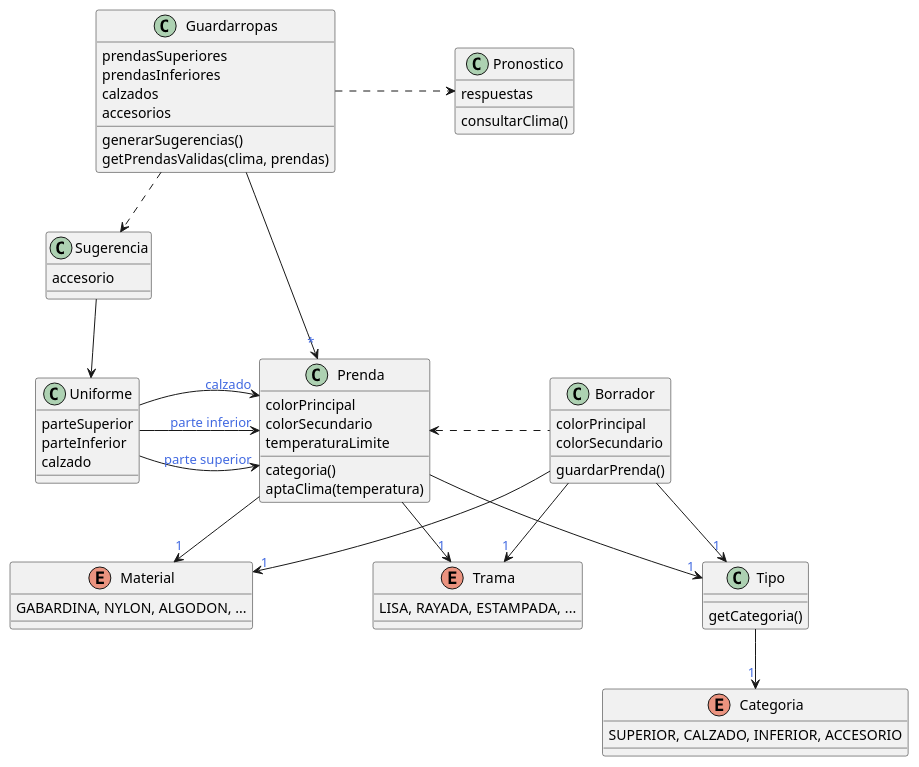
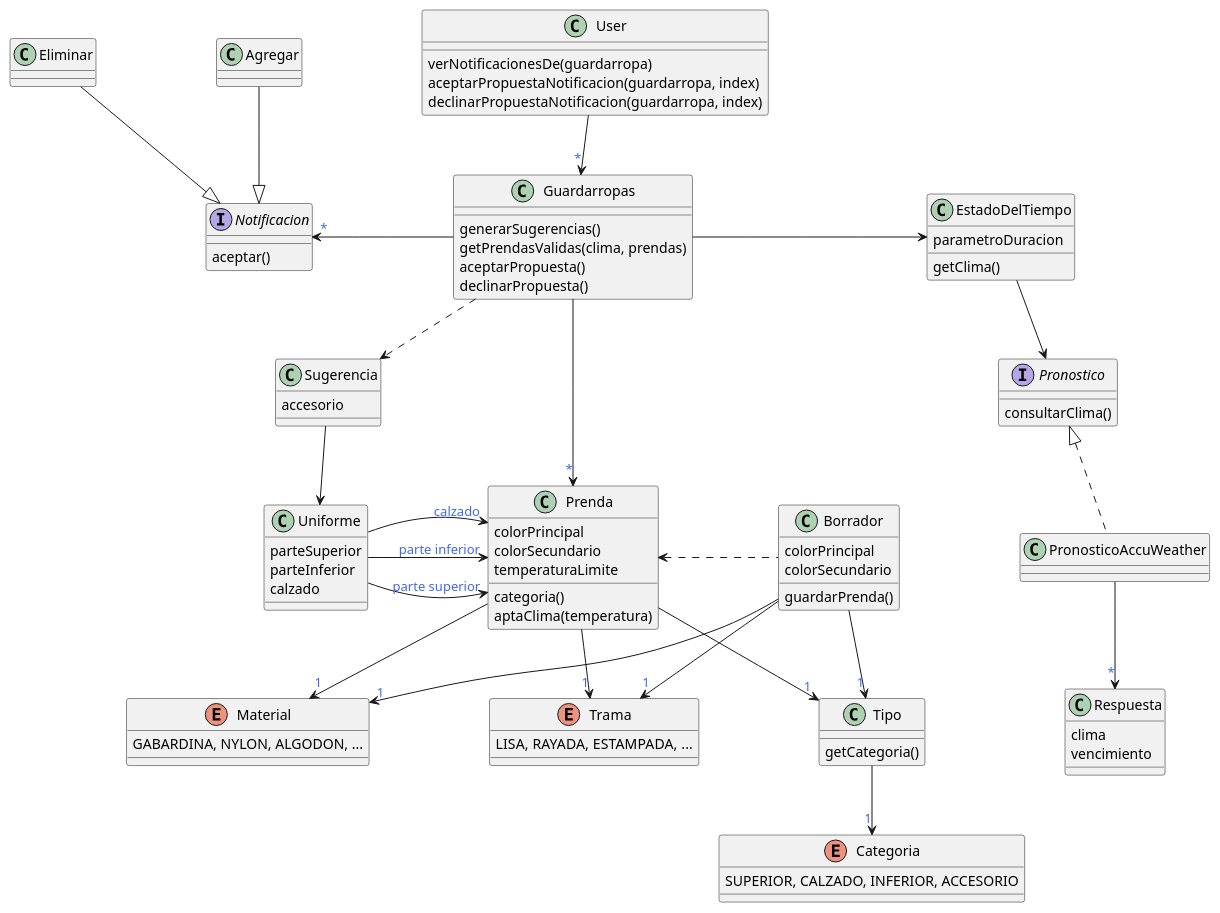
The diagram in assets/Atuedos.puml (SolVarisco/QueMePongo), drawn with PlantUML before and after one commit. The commit also changed 11 other files, not shown here.

```diff
--- a/assets/Atuedos.puml
+++ b/assets/Atuedos.puml
@@ -1,75 +1,109 @@
 @startuml
 'https://plantuml.com/class-diagram
 skinparam backgroundColor transparent
 skinparam arrowFontColor royalblue
 skinparam nodesep 120
 
 class Prenda {
     colorPrincipal
     colorSecundario
     categoria()
     temperaturaLimite
     aptaClima(temperatura)
 }
 enum Material {
     GABARDINA, NYLON, ALGODON, ...
 }
 enum Trama {
     LISA, RAYADA, ESTAMPADA, ...
 }
 
 class Tipo {
     getCategoria()
 }
 
 class Borrador {
     colorPrincipal
     colorSecundario
     guardarPrenda()
 }
 
 class Uniforme {
     parteSuperior
     parteInferior
     calzado
 }
 
 class Sugerencia {
     accesorio
 }
 
+class Respuesta {
+    clima
+    vencimiento
+}
+
 class Guardarropas {
-    prendasSuperiores
-    prendasInferiores
-    calzados
-    accesorios
     generarSugerencias()
     getPrendasValidas(clima, prendas)
+    aceptarPropuesta()
+    declinarPropuesta()
 }
 
-class Pronostico {
-    respuestas
+interface Pronostico {
     consultarClima()
+}
+
+class PronosticoAccuWeather {
+
+}
+
+class EstadoDelTiempo {
+    parametroDuracion
+    getClima()
 }
 
 enum Categoria {
     SUPERIOR, CALZADO, INFERIOR, ACCESORIO
+}
+
+interface Notificacion{
+    aceptar()
+}
+
+class Agregar{
+}
+
+class Eliminar{
+}
+
+class User{
+    verNotificacionesDe(guardarropa)
+    aceptarPropuestaNotificacion(guardarropa, index)
+    declinarPropuestaNotificacion(guardarropa, index)
 }
 
 Prenda --> "1" Material
 Prenda --> "1" Tipo
 Prenda --> "1" Trama
 Tipo --> "1" Categoria
 Borrador --> "1" Material
 Borrador --> "1" Tipo
 Borrador --> "1" Trama
 Borrador -left..> Prenda
 Uniforme -right--> "parte superior" Prenda
 Uniforme --> "parte inferior" Prenda
 Uniforme --> "calzado" Prenda
 Sugerencia --> Uniforme
 Guardarropas --> "*" Prenda
-Guardarropas .right.> Pronostico
+Guardarropas -right-> EstadoDelTiempo
 Guardarropas ..> Sugerencia
+Pronostico<|..PronosticoAccuWeather
+PronosticoAccuWeather --> "*"Respuesta
+EstadoDelTiempo-->Pronostico
+Agregar--|>Notificacion
+Eliminar--|>Notificacion
+Guardarropas-left->"*"Notificacion
+User --> "*"Guardarropas
 
 @enduml
```
